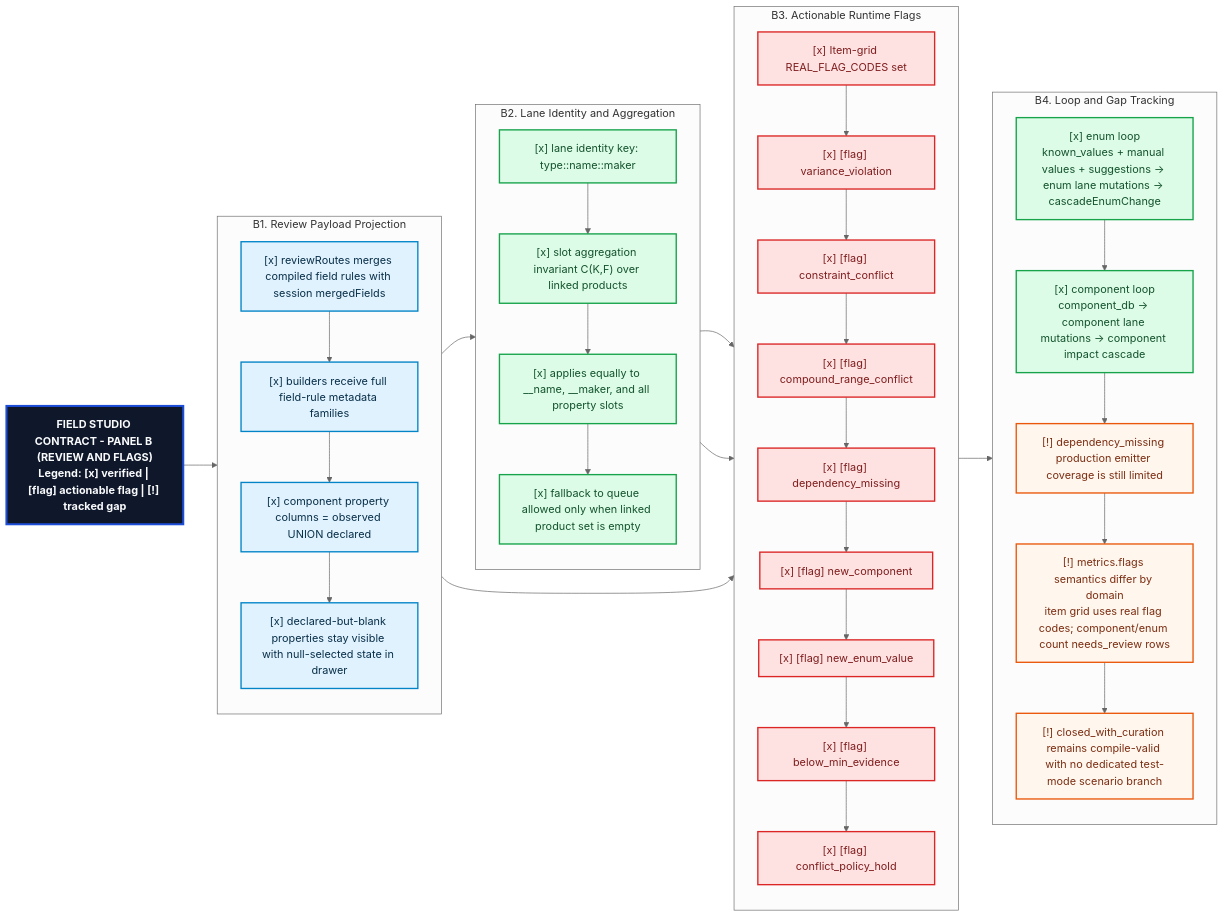
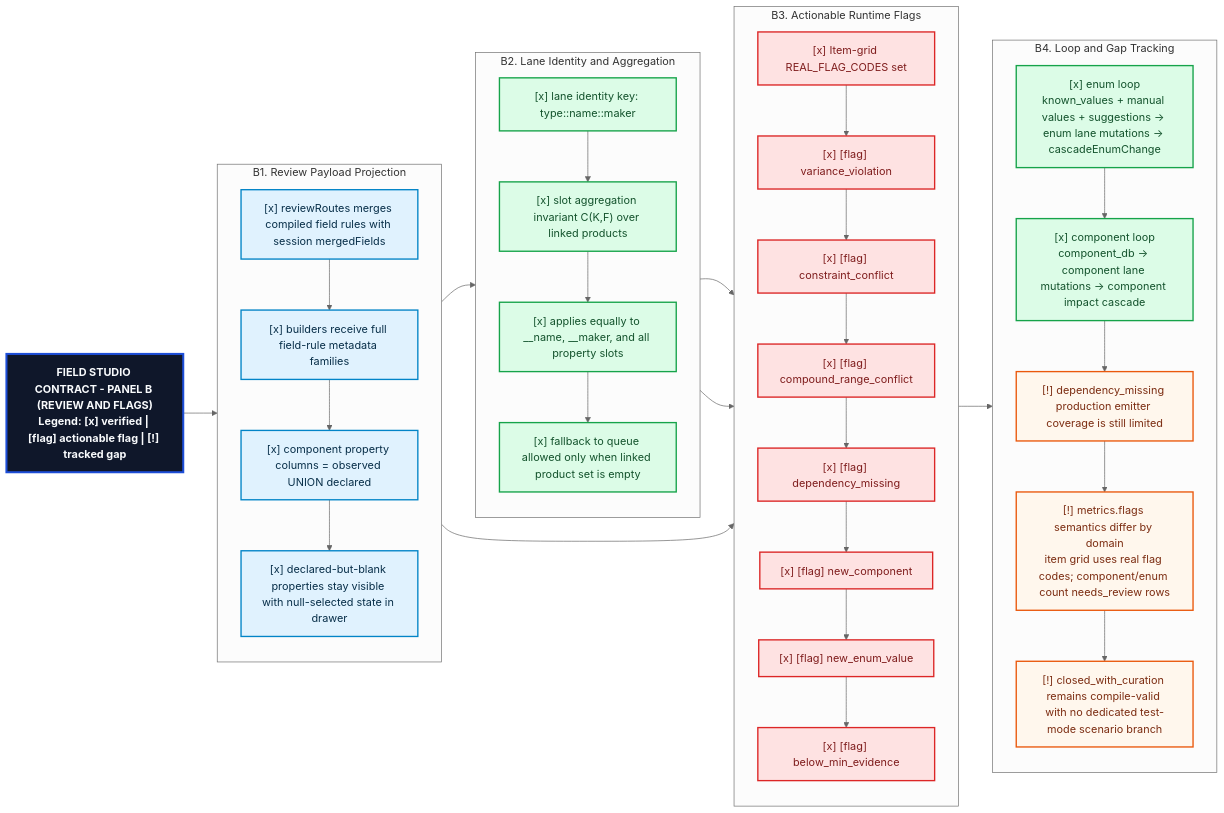
One commit to CdubVentures/Spec-Factory changed the diagram in docs/implementation/field-rules-studio/contracts/field-studio-contract-hierarchy-right.mmd. Above: the diagram before and after it, drawn with Mermaid (neutral theme). The commit also changed 160 other files, not shown here.

```diff
--- a/docs/implementation/field-rules-studio/contracts/field-studio-contract-hierarchy-right.mmd
+++ b/docs/implementation/field-rules-studio/contracts/field-studio-contract-hierarchy-right.mmd
@@ -1,60 +1,59 @@
 flowchart LR
   ROOT["FIELD STUDIO CONTRACT - PANEL B (REVIEW AND FLAGS)<br/>Legend: [x] verified | [flag] actionable flag | [!] tracked gap"]
 
   subgraph B1["B1. Review Payload Projection"]
     direction TB
     R1["[x] reviewRoutes merges compiled field rules with session mergedFields"]
     R2["[x] builders receive full field-rule metadata families"]
     R3["[x] component property columns = observed UNION declared"]
     R4["[x] declared-but-blank properties stay visible with null-selected state in drawer"]
     R1 --> R2 --> R3 --> R4
   end
 
   subgraph B2["B2. Lane Identity and Aggregation"]
     direction TB
     L1["[x] lane identity key: type::name::maker"]
     L2["[x] slot aggregation invariant C(K,F) over linked products"]
     L3["[x] applies equally to __name, __maker, and all property slots"]
     L4["[x] fallback to queue allowed only when linked product set is empty"]
     L1 --> L2 --> L3 --> L4
   end
 
   subgraph B3["B3. Actionable Runtime Flags"]
     direction TB
     F0["[x] Item-grid REAL_FLAG_CODES set"]
     F1["[x] [flag] variance_violation"]
     F2["[x] [flag] constraint_conflict"]
     F3["[x] [flag] compound_range_conflict"]
     F4["[x] [flag] dependency_missing"]
     F5["[x] [flag] new_component"]
     F6["[x] [flag] new_enum_value"]
     F7["[x] [flag] below_min_evidence"]
-    F8["[x] [flag] conflict_policy_hold"]
-    F0 --> F1 --> F2 --> F3 --> F4 --> F5 --> F6 --> F7 --> F8
+    F0 --> F1 --> F2 --> F3 --> F4 --> F5 --> F6 --> F7
   end
 
   subgraph B4["B4. Loop and Gap Tracking"]
     direction TB
     E1["[x] enum loop<br/>known_values + manual values + suggestions -> enum lane mutations -> cascadeEnumChange"]
     E2["[x] component loop<br/>component_db -> component lane mutations -> component impact cascade"]
     G1["[!] dependency_missing production emitter coverage is still limited"]
     G2["[!] metrics.flags semantics differ by domain<br/>item grid uses real flag codes; component/enum count needs_review rows"]
     G3["[!] closed_with_curation remains compile-valid with no dedicated test-mode scenario branch"]
     E1 --> E2 --> G1 --> G2 --> G3
   end
 
   ROOT --> B1 --> B2 --> B3 --> B4
   B1 --> B3
   B2 --> B3
 
   classDef rootStyle fill:#0f172a,stroke:#1d4ed8,stroke-width:3px,color:#f8fafc,font-weight:bold;
   classDef reviewStyle fill:#e0f2fe,stroke:#0284c7,stroke-width:2px,color:#082f49;
   classDef laneStyle fill:#dcfce7,stroke:#16a34a,stroke-width:2px,color:#14532d;
   classDef flagStyle fill:#fee2e2,stroke:#dc2626,stroke-width:2px,color:#7f1d1d;
   classDef gapStyle fill:#fff7ed,stroke:#ea580c,stroke-width:2px,color:#7c2d12;
 
   class ROOT rootStyle
   class R1,R2,R3,R4 reviewStyle
   class L1,L2,L3,L4,E1,E2 laneStyle
   class F0,F1,F2,F3,F4,F5,F6,F7,F8 flagStyle
   class G1,G2,G3 gapStyle
```
